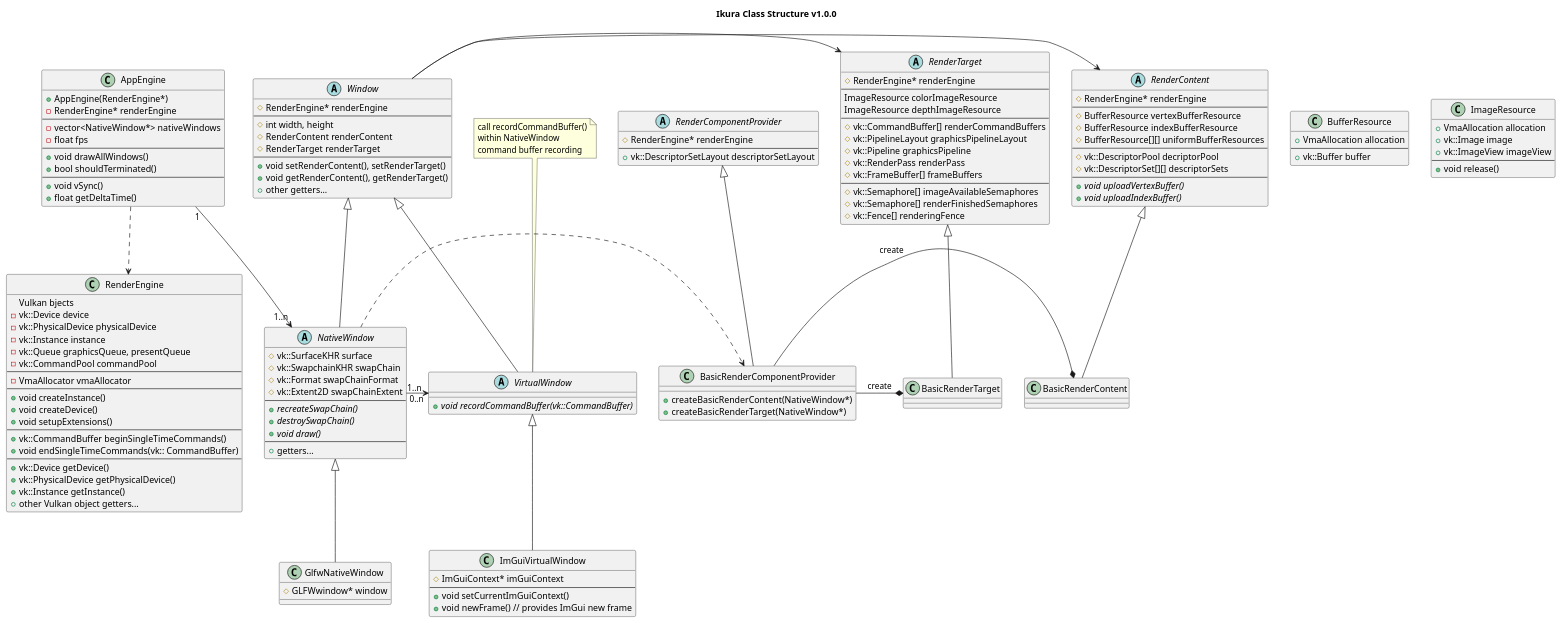
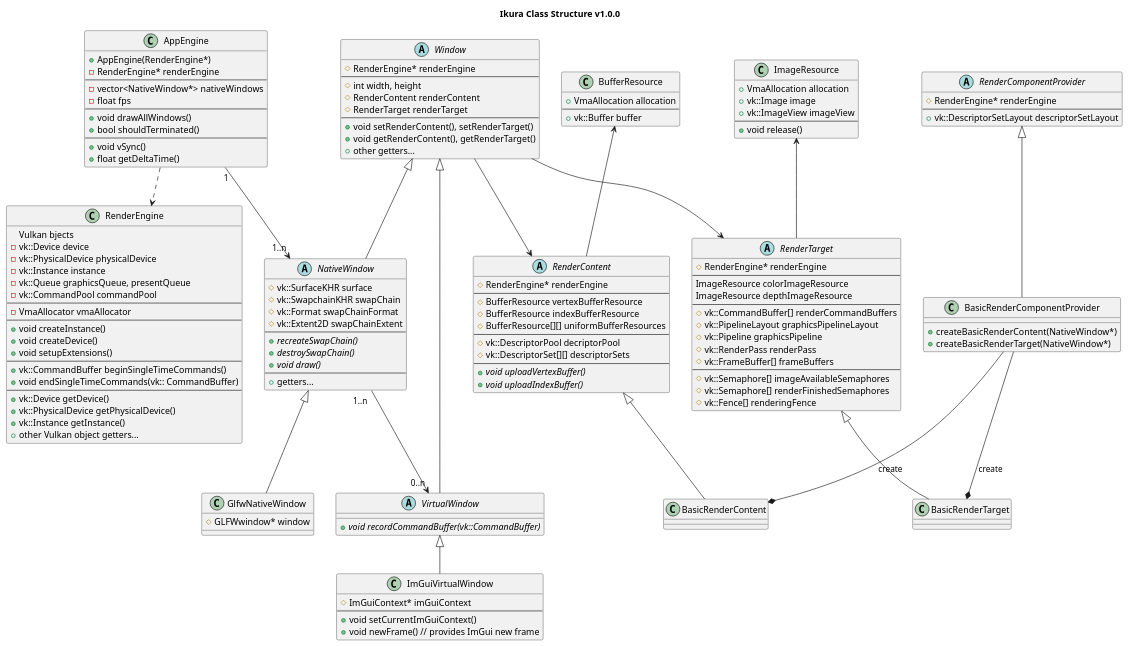
Before and after one commit to ikulab/ikulab-motion-viewer: the diagram in uml/ikura.plantuml, drawn with PlantUML. The commit also changed 1 other file, not shown here.

```diff
--- a/uml/ikura.plantuml
+++ b/uml/ikura.plantuml
@@ -1,195 +1,189 @@
 @startuml ikura
 title Ikura Class Structure v1.0.0
 
 ' ==================================================
 '   class definitions
 ' ==================================================
 
 ' engine --------------------
+
+class AppEngine {
+	+ AppEngine(RenderEngine*)
+	- RenderEngine* renderEngine
+	----
+	- vector<NativeWindow*> nativeWindows
+	- float fps
+	----
+	+ void drawAllWindows()
+	+ bool shouldTerminated()
+	----
+	+ void vSync()
+	+ float getDeltaTime()
+}
 
 class RenderEngine {
 	Vulkan bjects
 	- vk::Device device
 	- vk::PhysicalDevice physicalDevice
 	- vk::Instance instance
 	- vk::Queue graphicsQueue, presentQueue
 	- vk::CommandPool commandPool
 	----
 	- VmaAllocator vmaAllocator
 	----
 	+ void createInstance()
 	+ void createDevice()
 	+ void setupExtensions()
 	----
 	+ vk::CommandBuffer beginSingleTimeCommands()
 	+ void endSingleTimeCommands(vk:: CommandBuffer)
 	----
 	+ vk::Device getDevice()
 	+ vk::PhysicalDevice getPhysicalDevice()
 	+ vk::Instance getInstance()
 	+ other Vulkan object getters...
-}
-
-class AppEngine {
-	+ AppEngine(RenderEngine*)
-	- RenderEngine* renderEngine
-	----
-	- vector<NativeWindow*> nativeWindows
-	- float fps
-	----
-	+ void drawAllWindows()
-	+ bool shouldTerminated()
-	----
-	+ void vSync()
-	+ float getDeltaTime()
 }
 
 ' window --------------------
 
 abstract Window {
 	# RenderEngine* renderEngine
 	----
 	# int width, height
 	# RenderContent renderContent
 	# RenderTarget renderTarget
 	----
 	+ void setRenderContent(), setRenderTarget()
 	+ void getRenderContent(), getRenderTarget()
 	+ other getters...
 }
 
 abstract NativeWindow {
 	# vk::SurfaceKHR surface
 	# vk::SwapchainKHR swapChain
 	# vk::Format swapChainFormat
 	# vk::Extent2D swapChainExtent
 	----
 	+ {abstract} recreateSwapChain()
 	+ {abstract} destroySwapChain()
 	+ {abstract} void draw()
 	----
 	+ getters...
 }
 
 class GlfwNativeWindow {
 	# GLFWwindow* window
 }
 
 abstract VirtualWindow {
 	+ {abstract} void recordCommandBuffer(vk::CommandBuffer)
 }
 
 class ImGuiVirtualWindow {
 	# ImGuiContext* imGuiContext
 	----
 	+ void setCurrentImGuiContext()
 	+ void newFrame() // provides ImGui new frame
 }
 
 ' render component
 
 abstract RenderContent {
 	# RenderEngine* renderEngine
 	----
 	# BufferResource vertexBufferResource
 	# BufferResource indexBufferResource
 	# BufferResource[][] uniformBufferResources
 	----
 	# vk::DescriptorPool decriptorPool
 	# vk::DescriptorSet[][] descriptorSets
 	----
 	+ {abstract} void uploadVertexBuffer()
 	+ {abstract} void uploadIndexBuffer()
 }
 
 class BasicRenderContent {
 
 }
 
 abstract RenderTarget {
 	# RenderEngine* renderEngine
 	----
 	ImageResource colorImageResource
 	ImageResource depthImageResource
 	----
 	# vk::CommandBuffer[] renderCommandBuffers
 	# vk::PipelineLayout graphicsPipelineLayout
 	# vk::Pipeline graphicsPipeline
 	# vk::RenderPass renderPass
 	# vk::FrameBuffer[] frameBuffers
 	----
 	# vk::Semaphore[] imageAvailableSemaphores
 	# vk::Semaphore[] renderFinishedSemaphores
 	# vk::Fence[] renderingFence
 }
 
 class BasicRenderTarget {
 
 }
 
 abstract RenderComponentProvider {
 	# RenderEngine* renderEngine
 	----
 	+ vk::DescriptorSetLayout descriptorSetLayout
 }
 
 class BasicRenderComponentProvider {
 	+ createBasicRenderContent(NativeWindow*)
 	+ createBasicRenderTarget(NativeWindow*)
 }
 
 ' resources
 
-class BufferResource {
-	+ VmaAllocation allocation
-	----
-	+ vk::Buffer buffer
-}
-
 class ImageResource {
 	+ VmaAllocation allocation
 	+ vk::Image image
 	+ vk::ImageView imageView
 	----
 	+ void release()
 }
 
+class BufferResource {
+	+ VmaAllocation allocation
+	----
+	+ vk::Buffer buffer
+}
+
 
 ' ==================================================
 '   relations
 ' ==================================================
-
-' notes --------------------
-
-note top of VirtualWindow
-	call recordCommandBuffer()
-	within NativeWindow
-	command buffer recording
-end note
 
 ' inheritances --------------------
 
 Window <|-- NativeWindow
 Window <|-- VirtualWindow
 NativeWindow <|-- GlfwNativeWindow
 VirtualWindow <|-- ImGuiVirtualWindow
 
 RenderContent <|-- BasicRenderContent
 RenderTarget <|-- BasicRenderTarget
-RenderComponentProvider <|-- BasicRenderComponentProvider
+RenderComponentProvider <|-- BasicRenderComponentProvider 
 
 ' dependencies --------------------
 
 AppEngine ..> RenderEngine
 AppEngine "1" --> "1..n" NativeWindow
 
-NativeWindow "1..n " -> " 0..n" VirtualWindow
+NativeWindow "1..n   " --> "0..n" VirtualWindow
 
-Window -> RenderContent
-Window -> RenderTarget
+Window --> RenderContent
+Window --> RenderTarget
 
-NativeWindow .> BasicRenderComponentProvider
-BasicRenderComponentProvider -* BasicRenderContent : "create"
-BasicRenderComponentProvider -* BasicRenderTarget  : "create"
+ImageResource <-- RenderTarget
+BufferResource <-- RenderContent
+
+BasicRenderComponentProvider --* BasicRenderContent : "create"
+BasicRenderComponentProvider --* BasicRenderTarget  : "create"
 
 @enduml
```
